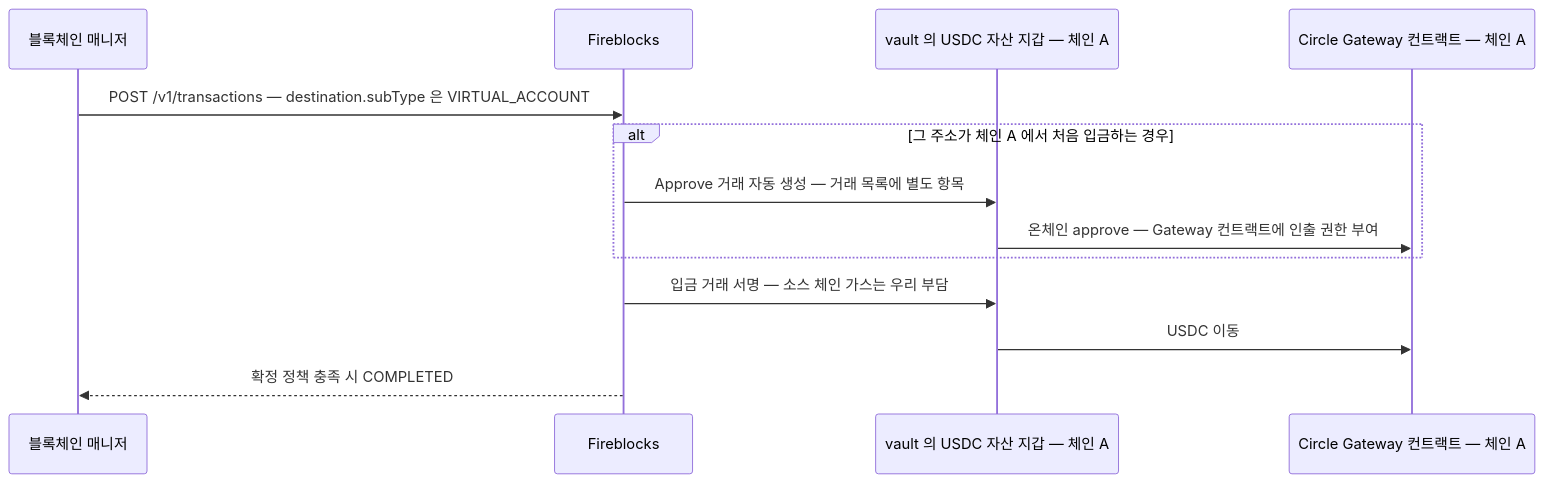
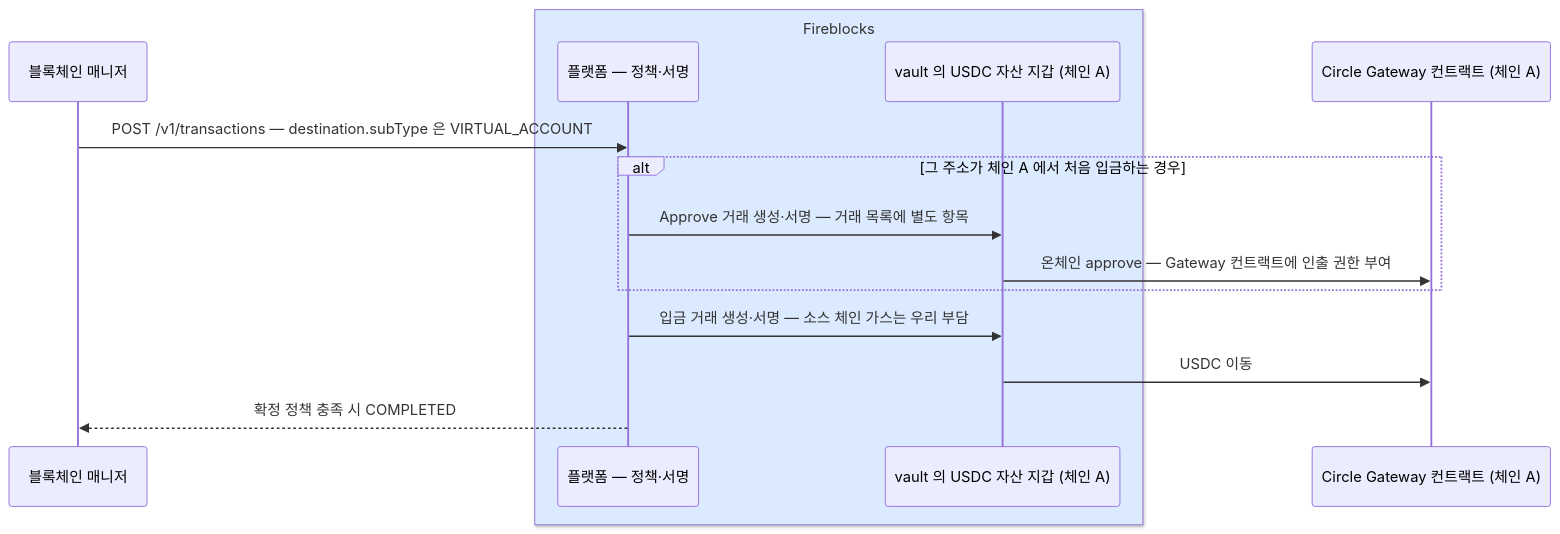
The second of 3 diagrams in blockchain-manager/docs/블록체인매니저/브릿지/03-usdc-gateway.md (eunsujeo/eunpus), drawn with Mermaid before and after one commit. The commit also changed other lines of this file, not shown here.

Commit message:
입금 다이어그램 — vault 지갑을 Fireblocks 묶음 안으로
vault 자산 지갑은 벤더가 키를 들고 있어 별개 주체로 그리면 없는 경계가
생긴다. box 로 묶고, 경계는 "우리가 Fireblocks 를 부르고 온체인은 벤더가
vault 키로 낸다" 하나뿐임을 한 줄로 적었다. 주체 이름도 통일.

````diff
--- a/blockchain-manager/docs/블록체인매니저/브릿지/03-usdc-gateway.md
+++ b/blockchain-manager/docs/블록체인매니저/브릿지/03-usdc-gateway.md
@@ -58,16 +58,18 @@
 ```mermaid
 sequenceDiagram
   participant M as 블록체인 매니저
-  participant F as Fireblocks
-  participant V as vault 의 USDC 자산 지갑 — 체인 A
-  participant G as Circle Gateway 컨트랙트 — 체인 A
+  box rgb(219,234,254) Fireblocks
+  participant F as 플랫폼 — 정책·서명
+  participant V as vault 의 USDC 자산 지갑 (체인 A)
+  end
+  participant G as Circle Gateway 컨트랙트 (체인 A)
 
   M->>F: POST /v1/transactions — destination.subType 은 VIRTUAL_ACCOUNT
   alt 그 주소가 체인 A 에서 처음 입금하는 경우
-    F->>V: Approve 거래 자동 생성 — 거래 목록에 별도 항목
+    F->>V: Approve 거래 생성·서명 — 거래 목록에 별도 항목
     V->>G: 온체인 approve — Gateway 컨트랙트에 인출 권한 부여
   end
-  F->>V: 입금 거래 서명 — 소스 체인 가스는 우리 부담
+  F->>V: 입금 거래 생성·서명 — 소스 체인 가스는 우리 부담
   V->>G: USDC 이동
   F-->>M: 확정 정책 충족 시 COMPLETED
 ```
````
